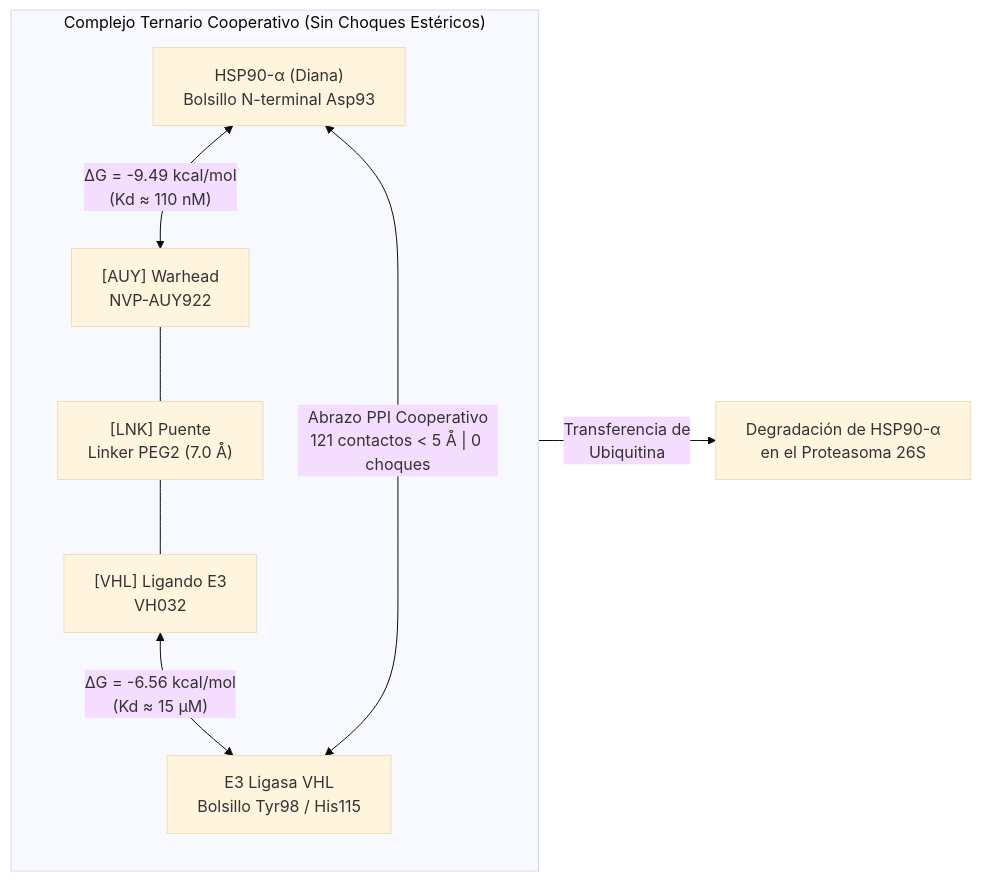
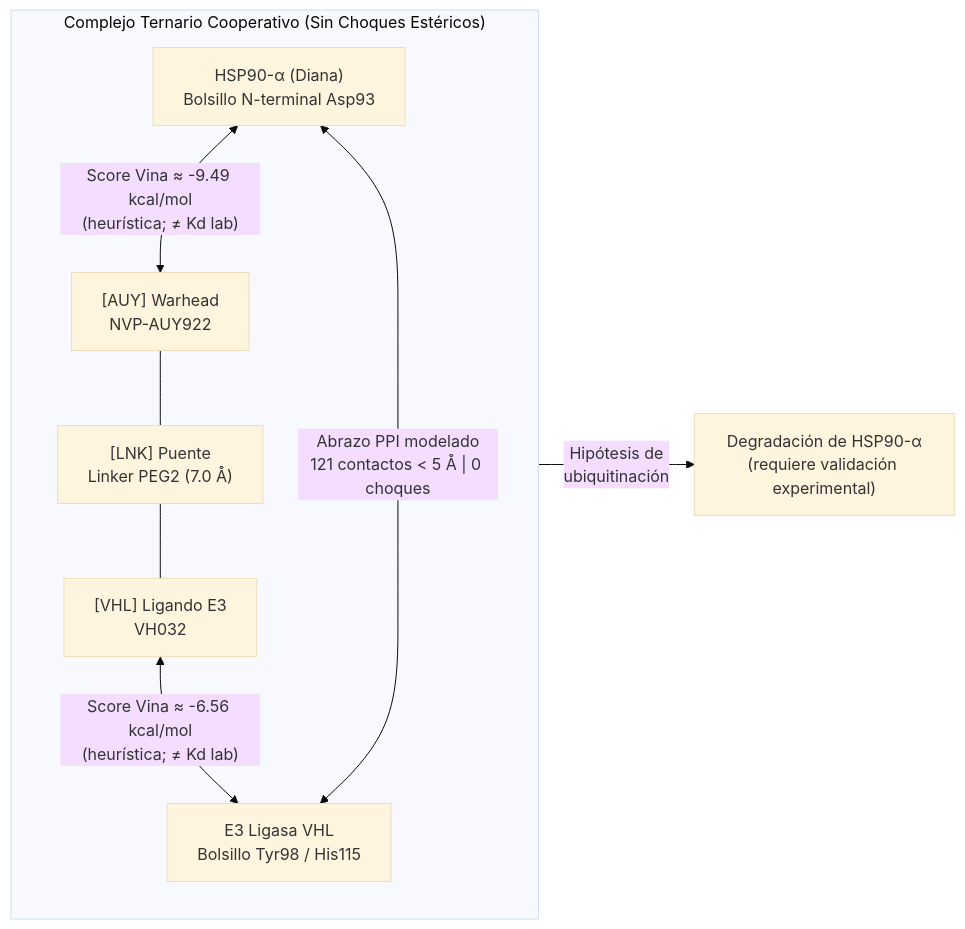
The first of 2 diagrams in README.md (bue221/protac_cancer_mama), drawn with Mermaid (base theme) before and after one commit. The commit also changed other lines of this file and 38 other files, not shown here.

````diff
--- a/README.md
+++ b/README.md
@@ -33,17 +37,17 @@
 ```mermaid
 flowchart LR
     subgraph Complejo_Ternario ["Complejo Ternario Cooperativo (Sin Choques Estéricos)"]
         HSP["HSP90-α (Diana)<br/>Bolsillo N-terminal Asp93"]
         AUY["[AUY] Warhead<br/>NVP-AUY922"]
         LNK["[LNK] Puente<br/>Linker PEG2 (7.0 Å)"]
         VH["[VHL] Ligando E3<br/>VH032"]
         VHL_PROT["E3 Ligasa VHL<br/>Bolsillo Tyr98 / His115"]
         
-        HSP <-->|"ΔG = -9.49 kcal/mol<br/>(Kd ≈ 110 nM)"| AUY
+        HSP <-->|"Score Vina ≈ -9.49 kcal/mol<br/>(heurística; ≠ Kd lab)"| AUY
         AUY --- LNK
         LNK --- VH
-        VH <-->|"ΔG = -6.56 kcal/mol<br/>(Kd ≈ 15 µM)"| VHL_PROT
-        HSP <-->|"Abrazo PPI Cooperativo<br/>121 contactos < 5 Å | 0 choques"| VHL_PROT
+        VH <-->|"Score Vina ≈ -6.56 kcal/mol<br/>(heurística; ≠ Kd lab)"| VHL_PROT
+        HSP <-->|"Abrazo PPI modelado<br/>121 contactos < 5 Å | 0 choques"| VHL_PROT
     end
-    Complejo_Ternario -->|"Transferencia de<br/>Ubiquitina"| DEG["Degradación de HSP90-α<br/>en el Proteasoma 26S"]
+    Complejo_Ternario -->|"Hipótesis de<br/>ubiquitinación"| DEG["Degradación de HSP90-α<br/>(requiere validación experimental)"]
 ```
````
